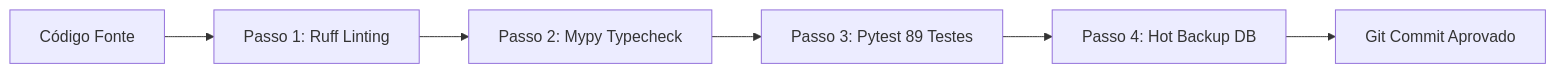
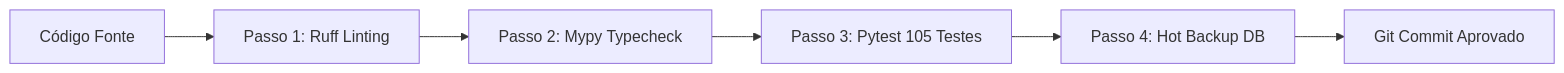
Before and after one commit to RobsonMendes37/victor-cell-autobot: the third of 4 diagrams in docs/guia_engenharia_arquitetura_e_codigo_didatico.md, drawn with Mermaid. The commit also changed other lines of this file and 12 other files, not shown here.

````diff
--- a/docs/guia_engenharia_arquitetura_e_codigo_didatico.md
+++ b/docs/guia_engenharia_arquitetura_e_codigo_didatico.md
@@ -333,8 +333,8 @@
 ```mermaid
 flowchart LR
     Dev[Código Fonte] --> Step1[Passo 1: Ruff Linting]
     Step1 --> Step2[Passo 2: Mypy Typecheck]
-    Step2 --> Step3[Passo 3: Pytest 89 Testes]
+    Step2 --> Step3[Passo 3: Pytest 105 Testes]
     Step3 --> Step4[Passo 4: Hot Backup DB]
     Step4 --> Commit[Git Commit Aprovado]
 ```
````
